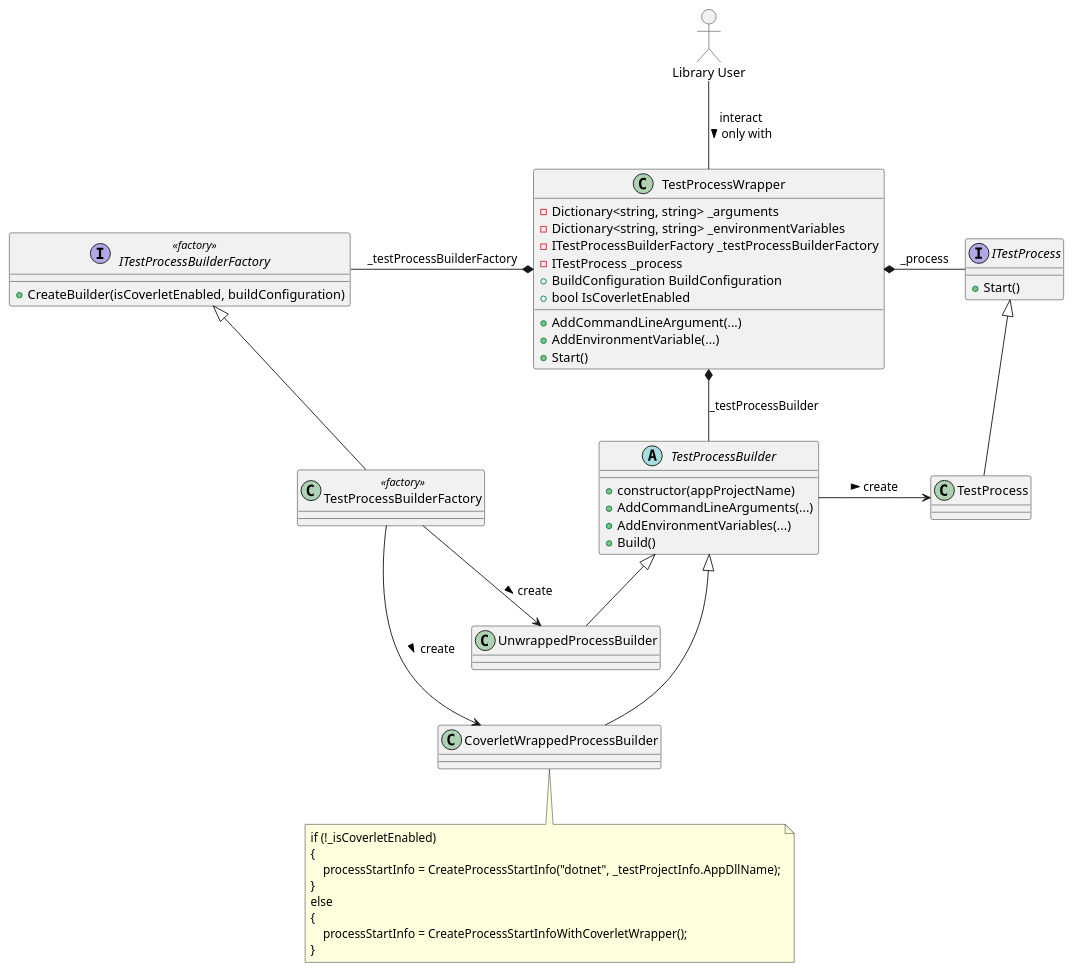
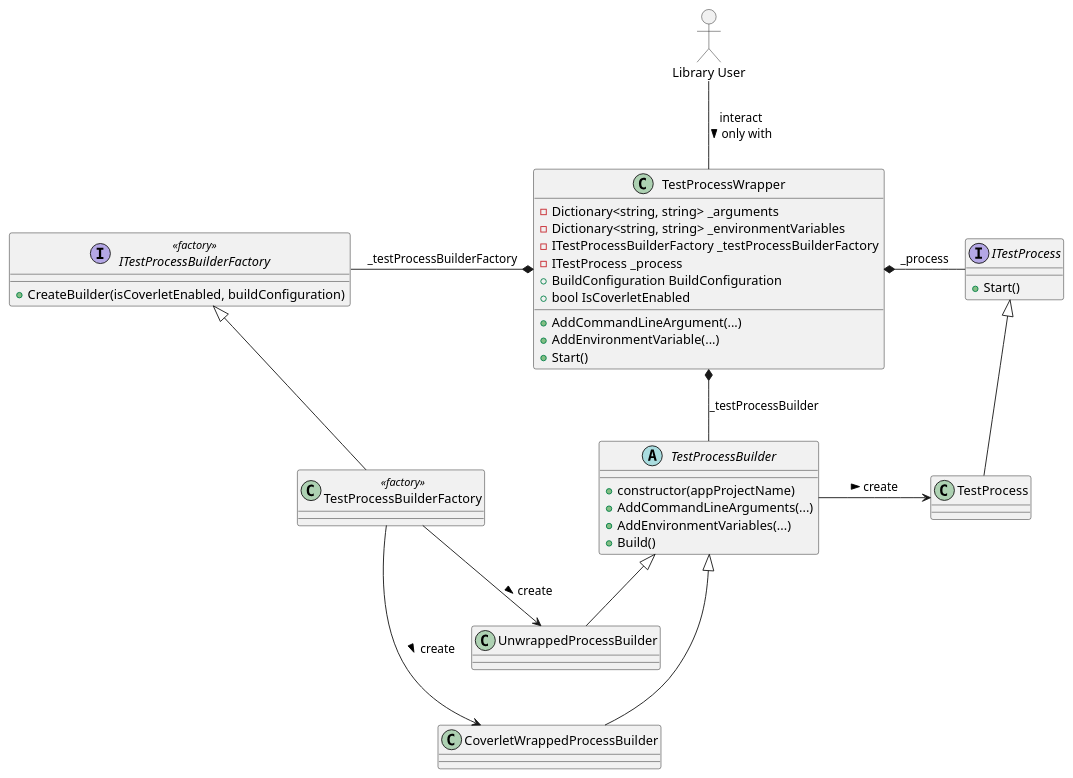
The diagram in docs/current_create_process.puml (wonderbird/TestProcessWrapper), drawn with PlantUML before and after one commit. The commit also changed 2 other files, not shown here.

Commit message:
refactor: keep only coverlet related code in CoverletWrappedProcessBuilder

```diff
--- a/docs/current_create_process.puml
+++ b/docs/current_create_process.puml
@@ -1,68 +1,57 @@
 @startuml
 allowmixing
 
 actor "Library User" as user
 
 class "TestProcessWrapper" as wrapper {
   - Dictionary<string, string> _arguments
   - Dictionary<string, string> _environmentVariables
   - ITestProcessBuilderFactory _testProcessBuilderFactory
   - ITestProcess _process
   + BuildConfiguration BuildConfiguration
   + bool IsCoverletEnabled
 
   + AddCommandLineArgument(...)
   + AddEnvironmentVariable(...)
   + Start()
 }
 
 user -- wrapper : interact\nonly with >
 
 interface "ITestProcessBuilderFactory" as factory_if << factory >> {
   + CreateBuilder(isCoverletEnabled, buildConfiguration)
 }
 
 class "TestProcessBuilderFactory" as factory << factory >>
 factory_if <|-- factory
 
 factory_if -* wrapper : _testProcessBuilderFactory
 
 abstract class "TestProcessBuilder" as builder {
   + constructor(appProjectName)
   + AddCommandLineArguments(...)
   + AddEnvironmentVariables(...)
   + Build()
 }
 
 wrapper *-- builder : _testProcessBuilder
 
 class "UnwrappedProcessBuilder" as unwrapped_builder
 builder <|-- unwrapped_builder
 factory --> unwrapped_builder : create >
 
 class "CoverletWrappedProcessBuilder" as coverlet_builder
 builder <|--- coverlet_builder
 factory ---> coverlet_builder : create >
 
 interface "ITestProcess" as process_if {
   + Start()
 }
 
 wrapper *- process_if : _process
 
 class "TestProcess" as process
 process_if <|-- process
 
 builder -> process : create >
-
-note bottom of coverlet_builder
-if (!_isCoverletEnabled)
-{
-    processStartInfo = CreateProcessStartInfo("dotnet", _testProjectInfo.AppDllName);
-}
-else
-{
-    processStartInfo = CreateProcessStartInfoWithCoverletWrapper();
-}
-end note
 @enduml
```
